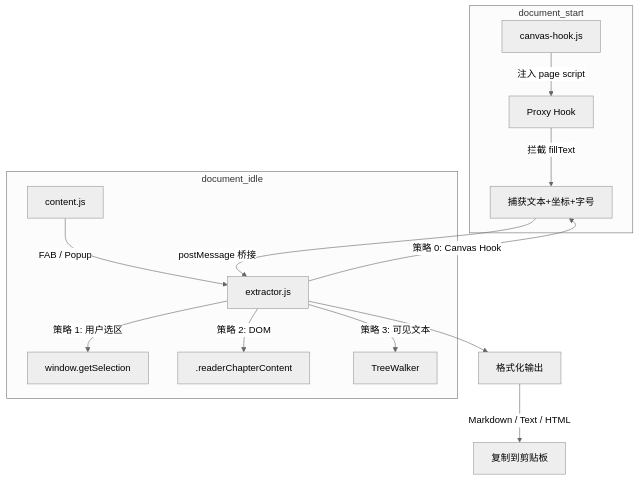
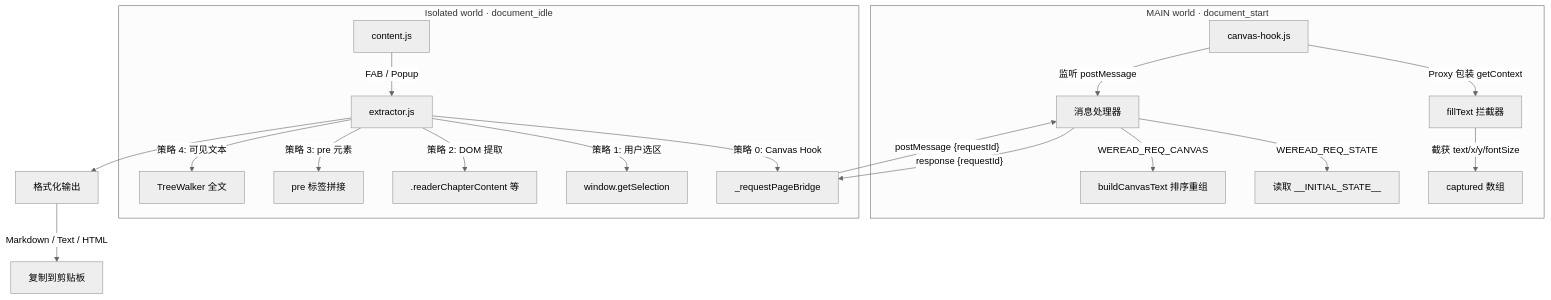
The diagram in CLAUDE.md (Harryleft/wechatread-content-extractor-plugin), drawn with Mermaid (neutral theme) before and after one commit. The commit also changed other lines of this file and 5 other files, not shown here.

````diff
--- a/CLAUDE.md
+++ b/CLAUDE.md
@@ -9,19 +11,24 @@
 ```mermaid
 graph TD
-    subgraph "document_start"
-        CH[canvas-hook.js] -->|注入 page script| PH[Proxy Hook]
-        PH -->|拦截 fillText| CAP[捕获文本+坐标+字号]
+    subgraph "MAIN world · document_start"
+        CH[canvas-hook.js] -->|Proxy 包装 getContext| PH[fillText 拦截器]
+        PH -->|截获 text/x/y/fontSize| CAP[captured 数组]
+        CH -->|监听 postMessage| MSG[消息处理器]
+        MSG -->|WEREAD_REQ_STATE| STATE[读取 __INITIAL_STATE__]
+        MSG -->|WEREAD_REQ_CANVAS| BUILD[buildCanvasText 排序重组]
     end
 
-    subgraph "document_idle"
-        EX[extractor.js] -->|策略 0: Canvas Hook| CAP
+    subgraph "Isolated world · document_idle"
+        EX[extractor.js] -->|策略 0: Canvas Hook| BRIDGE[_requestPageBridge]
         EX -->|策略 1: 用户选区| SEL[window.getSelection]
-        EX -->|策略 2: DOM| DOM[.readerChapterContent]
-        EX -->|策略 3: 可见文本| VIS[TreeWalker]
+        EX -->|策略 2: DOM 提取| DOM[.readerChapterContent 等]
+        EX -->|策略 3: pre 元素| PRE[pre 标签拼接]
+        EX -->|策略 4: 可见文本| VIS[TreeWalker 全文]
         UI[content.js] -->|FAB / Popup| EX
     end
 
-    CAP -->|postMessage 桥接| EX
+    BRIDGE -->|"postMessage {requestId}"| MSG
+    MSG -->|"response {requestId}"| BRIDGE
     EX --> FMT[格式化输出]
     FMT -->|Markdown / Text / HTML| CP[复制到剪贴板]
 ```
````
